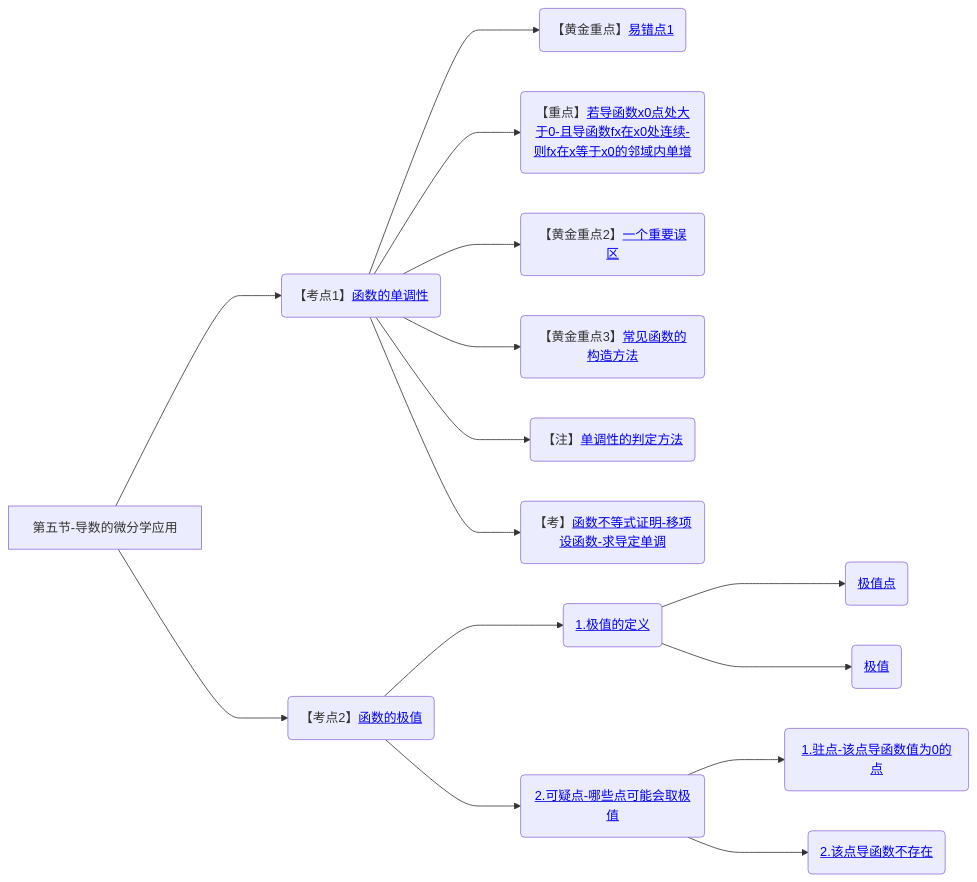
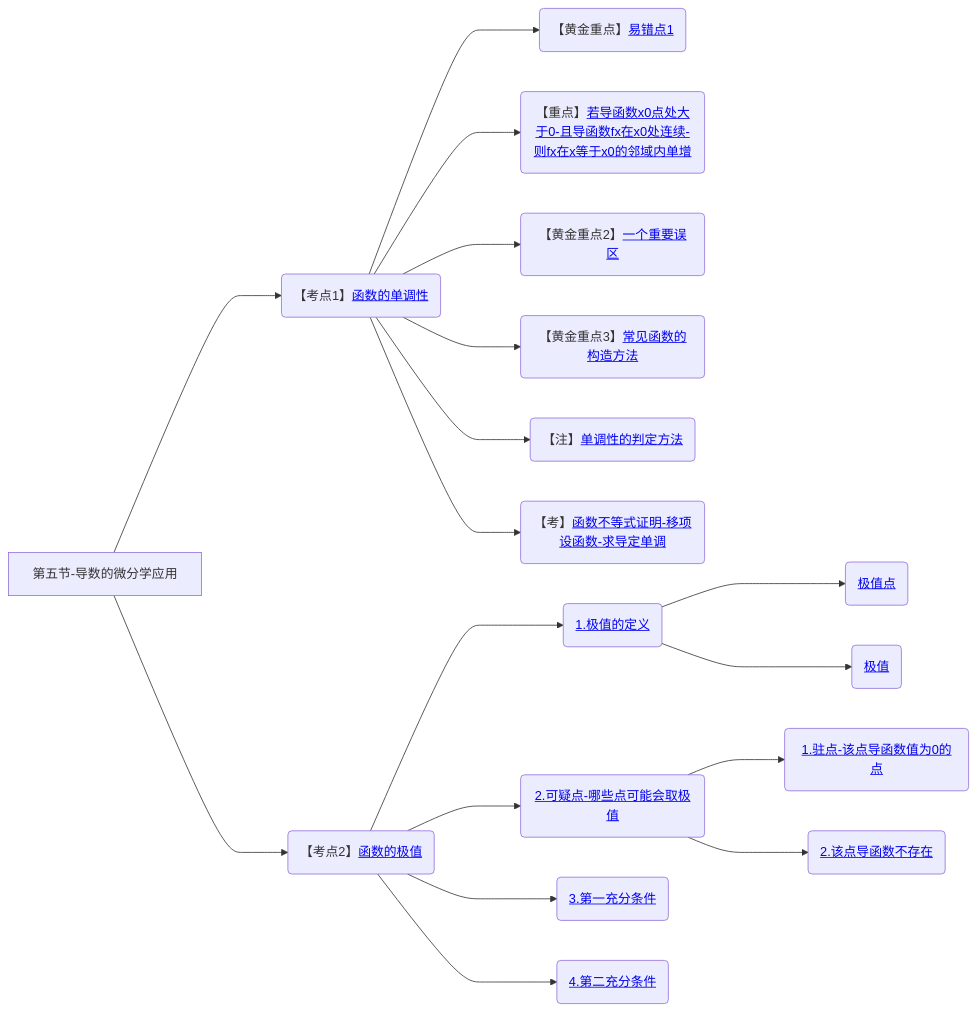
Before and after one commit to yuebinghui/note: diagram 15 of 15 in 笔记/数学/周洋鑫/01.基础班思维导图.md, drawn with Mermaid. The commit also changed 6 other files, not shown here.

````diff
--- a/笔记/数学/周洋鑫/01.基础班思维导图.md
+++ b/笔记/数学/周洋鑫/01.基础班思维导图.md
@@ -530,20 +530,22 @@
 ```mermaid
 graph LR
 第五节-导数的微分学应用
 
 第五节-导数的微分学应用--->函数的单调性(【考点1】<a href="/Users/yuebinghui/Documents/program/github/note/笔记/数学/周洋鑫/基础班/15.导数的微分学应用_1.md#函数的单调性">函数的单调性</>)
 函数的单调性--->易错点1(【黄金重点】<a href="/Users/yuebinghui/Documents/program/github/note/笔记/数学/周洋鑫/基础班/15.导数的微分学应用_1.md#易错点1">易错点1</>)
 函数的单调性--->若导函数x0点处大于0-且导函数fx在x0处连续-则fx在x等于x0的邻域内单增(【重点】<a href="/Users/yuebinghui/Documents/program/github/note/笔记/数学/周洋鑫/基础班/15.导数的微分学应用_1.md#若导函数x0点处大于0-且导函数fx在x0处连续-则fx在x等于x0的邻域内单增">若导函数x0点处大于0-且导函数fx在x0处连续-则fx在x等于x0的邻域内单增</>)
 函数的单调性--->一个重要误区(【黄金重点2】<a href="/Users/yuebinghui/Documents/program/github/note/笔记/数学/周洋鑫/基础班/15.导数的微分学应用_1.md#一个重要误区">一个重要误区</>)
 函数的单调性--->常见函数的构造方法(【黄金重点3】<a href="/Users/yuebinghui/Documents/program/github/note/笔记/数学/周洋鑫/基础班/15.导数的微分学应用_1.md#常见函数的构造方法">常见函数的构造方法</>)
 函数的单调性--->单调性的判定方法(【注】<a href="/Users/yuebinghui/Documents/program/github/note/笔记/数学/周洋鑫/基础班/15.导数的微分学应用_1.md#单调性的判定方法">单调性的判定方法</>)
 函数的单调性--->函数不等式证明-移项设函数-求导定单调(【考】<a href="/Users/yuebinghui/Documents/program/github/note/笔记/数学/周洋鑫/基础班/15.导数的微分学应用_1.md#函数不等式证明-移项设函数-求导定单调">函数不等式证明-移项设函数-求导定单调</>)
 
 第五节-导数的微分学应用--->函数的极值(【考点2】<a href="/Users/yuebinghui/Documents/program/github/note/笔记/数学/周洋鑫/基础班/16.导数的微分学应用_2.md#函数的极值">函数的极值</>)
 函数的极值--->1.极值的定义(<a href="/Users/yuebinghui/Documents/program/github/note/笔记/数学/周洋鑫/基础班/16.导数的微分学应用_2.md#1.极值的定义">1.极值的定义</>)
 1.极值的定义--->极值点(<a href="/Users/yuebinghui/Documents/program/github/note/笔记/数学/周洋鑫/基础班/16.导数的微分学应用_2.md#极值点">极值点</>)
 1.极值的定义--->极值(<a href="/Users/yuebinghui/Documents/program/github/note/笔记/数学/周洋鑫/基础班/16.导数的微分学应用_2.md#极值">极值</>)
 函数的极值--->2.可疑点-哪些点可能会取极值(<a href="/Users/yuebinghui/Documents/program/github/note/笔记/数学/周洋鑫/基础班/16.导数的微分学应用_2.md#2.可疑点-哪些点可能会取极值">2.可疑点-哪些点可能会取极值</>)
 2.可疑点-哪些点可能会取极值--->1.驻点-该点导函数值为0的点(<a href="/Users/yuebinghui/Documents/program/github/note/笔记/数学/周洋鑫/基础班/16.导数的微分学应用_2.md#1.驻点-该点导函数值为0的点">1.驻点-该点导函数值为0的点</>)
 2.可疑点-哪些点可能会取极值--->2.该点导函数不存在(<a href="/Users/yuebinghui/Documents/program/github/note/笔记/数学/周洋鑫/基础班/16.导数的微分学应用_2.md#2.该点导函数不存在">2.该点导函数不存在</>)
+函数的极值--->3.第一充分条件(<a href="/Users/yuebinghui/Documents/program/github/note/笔记/数学/周洋鑫/基础班/16.导数的微分学应用_2.md#3.第一充分条件">3.第一充分条件</>)
+函数的极值--->4.第二充分条件(<a href="/Users/yuebinghui/Documents/program/github/note/笔记/数学/周洋鑫/基础班/16.导数的微分学应用_2.md#4.第二充分条件">4.第二充分条件</>)
 ```
````
